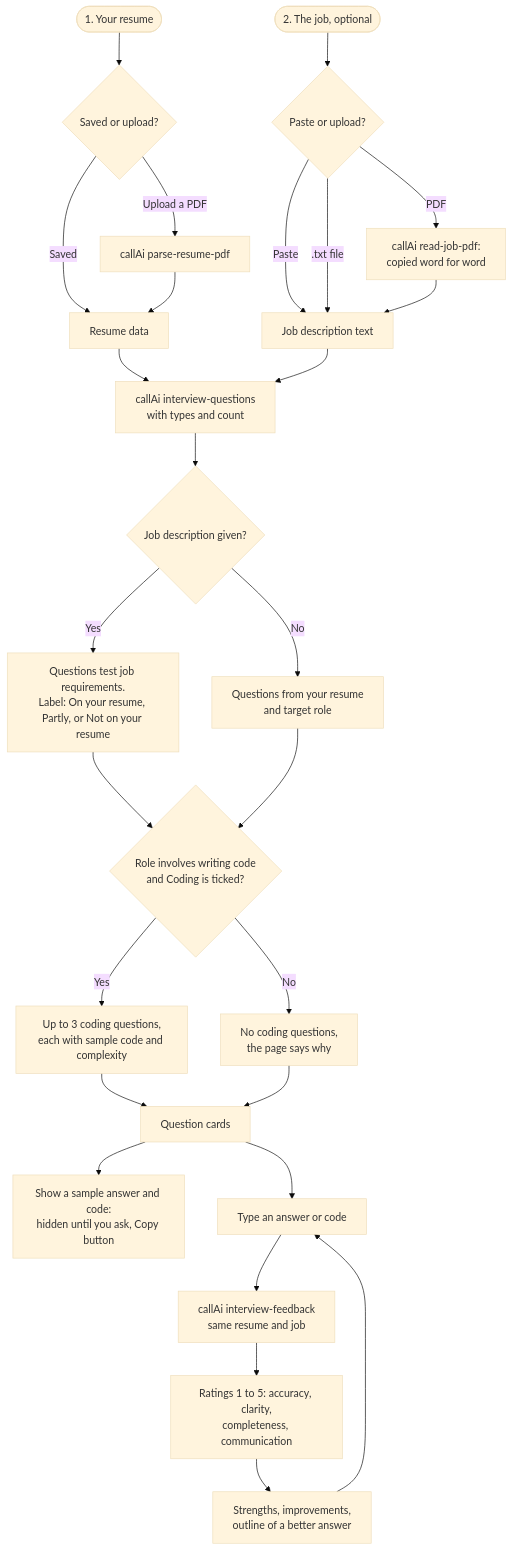
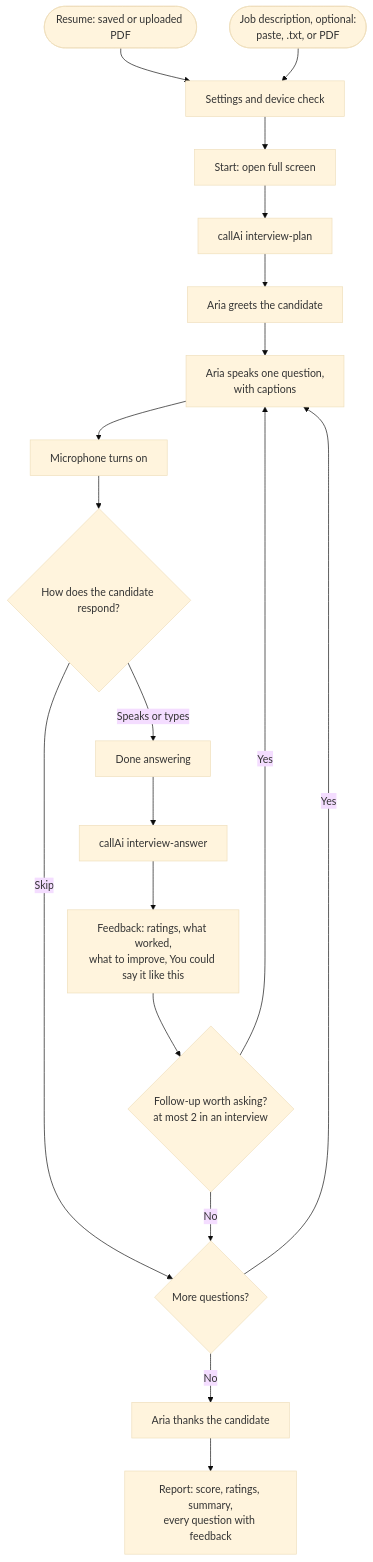
One commit to silent-coder-dev/ai-resume-builder changed diagram 26 of 36 in doc/04-FLOWCHARTS.md. Above: the diagram before and after it, drawn with Mermaid (base theme). The commit also changed other lines of this file and 48 other files, not shown here.

````diff
--- a/doc/04-FLOWCHARTS.md
+++ b/doc/04-FLOWCHARTS.md
@@ -648,27 +658,21 @@
 ```mermaid
 flowchart TD
-    A(["1. Your resume"]) --> AS{"Saved or upload?"}
-    AS -->|"Saved"| RES["Resume data"]
-    AS -->|"Upload a PDF"| RP["callAi parse-resume-pdf"] --> RES
-    J(["2. The job, optional"]) --> JS{"Paste or upload?"}
-    JS -->|"Paste"| JD["Job description text"]
-    JS -->|".txt file"| JD
-    JS -->|"PDF"| JP["callAi read-job-pdf:<br/>copied word for word"] --> JD
-    RES --> Q["callAi interview-questions<br/>with types and count"]
-    JD --> Q
-    Q --> HAS{"Job description given?"}
-    HAS -->|Yes| QJ["Questions test job requirements.<br/>Label: On your resume, Partly, or Not on your resume"]
-    HAS -->|No| QR["Questions from your resume<br/>and target role"]
-    QJ --> CODE{"Role involves writing code<br/>and Coding is ticked?"}
-    QR --> CODE
-    CODE -->|Yes| CQ["Up to 3 coding questions,<br/>each with sample code and complexity"]
-    CODE -->|No| NC["No coding questions,<br/>the page says why"]
-    CQ --> L["Question cards"]
-    NC --> L
-    L --> SA["Show a sample answer and code:<br/>hidden until you ask, Copy button"]
-    L --> P["Type an answer or code"]
-    P --> F["callAi interview-feedback<br/>same resume and job"]
-    F --> R["Ratings 1 to 5: accuracy, clarity,<br/>completeness, communication"]
-    R --> S["Strengths, improvements,<br/>outline of a better answer"]
-    S --> P
+    A(["Resume: saved or uploaded PDF"]) --> S["Settings and device check"]
+    J(["Job description, optional:<br/>paste, .txt, or PDF"]) --> S
+    S --> FS["Start: open full screen"]
+    FS --> P["callAi interview-plan"]
+    P --> G["Aria greets the candidate"]
+    G --> Q["Aria speaks one question,<br/>with captions"]
+    Q --> M["Microphone turns on"]
+    M --> AN{"How does the candidate respond?"}
+    AN -->|"Speaks or types"| D["Done answering"]
+    AN -->|"Skip"| NEXT
+    D --> E["callAi interview-answer"]
+    E --> F["Feedback: ratings, what worked,<br/>what to improve, You could say it like this"]
+    F --> FU{"Follow-up worth asking?<br/>at most 2 in an interview"}
+    FU -->|Yes| Q
+    FU -->|No| NEXT{"More questions?"}
+    NEXT -->|Yes| Q
+    NEXT -->|No| C["Aria thanks the candidate"]
+    C --> R["Report: score, ratings, summary,<br/>every question with feedback"]
 ```
````
